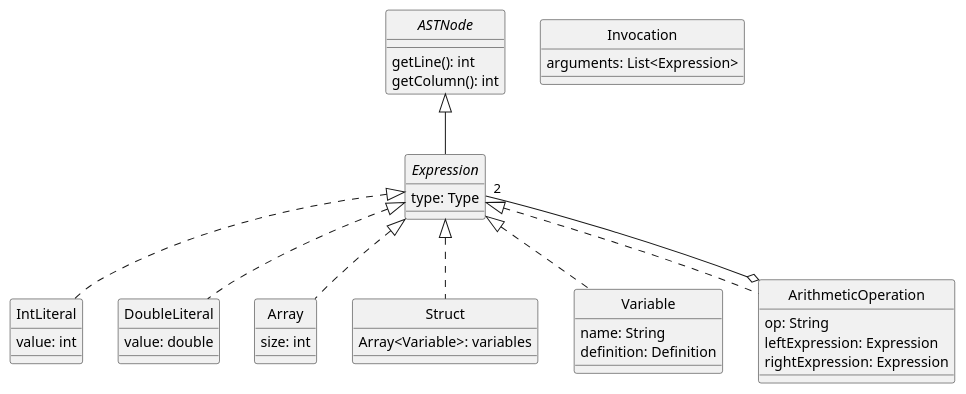
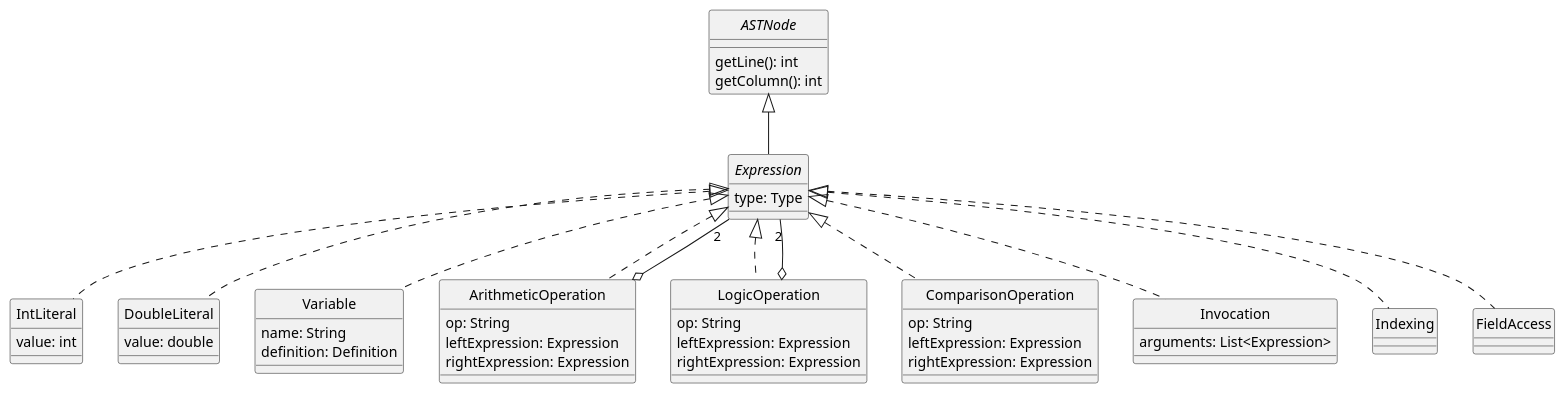
One commit to uo277440/dlp-compiler changed the diagram in docs/diagrams/expressions.plantuml. Above: the diagram before and after it, drawn with PlantUML. The commit also changed 9 other files, not shown here.

Commit message:
LAB 2 -> actualización diagramas

```diff
--- a/docs/diagrams/expressions.plantuml
+++ b/docs/diagrams/expressions.plantuml
@@ -1,48 +1,63 @@
 @startuml Expressions
 skinparam style strictuml
 skinparam monochrome true
 
 
 interface ASTNode {
     getLine(): int
     getColumn(): int
 }
 
 interface Expression{
 type: Type
 }
 
 class IntLiteral {
     value: int
 }
 class DoubleLiteral {
     value: double
 }
-class Array {
-    size: int
-}
-class Struct {
-    Array<Variable>: variables
-}
+
 class Variable{
     name: String
     definition: Definition
 }
 class ArithmeticOperation{
     op: String
     leftExpression: Expression
     rightExpression: Expression
 }
+class LogicOperation{
+    op: String
+    leftExpression: Expression
+    rightExpression: Expression
+}
+class ComparisonOperation{
+    op: String
+    leftExpression: Expression
+    rightExpression: Expression
+}
 class Invocation{
     arguments: List<Expression>
 }
+class Indexing{
+
+}
+class FieldAccess{
+
+}
 ASTNode <|-- Expression
 Expression <|.. IntLiteral
+Expression <|.. Invocation
 Expression <|.. DoubleLiteral
-Expression <|.. Array
 Expression <|.. Variable
-Expression <|.. Struct
 Expression <|.. ArithmeticOperation
+Expression <|.. Indexing
+Expression <|.. FieldAccess
+Expression <|.. ComparisonOperation
 ArithmeticOperation o-- "2" Expression
+Expression <|.. LogicOperation
+LogicOperation o-- "2" Expression
 
 @enduml
```
